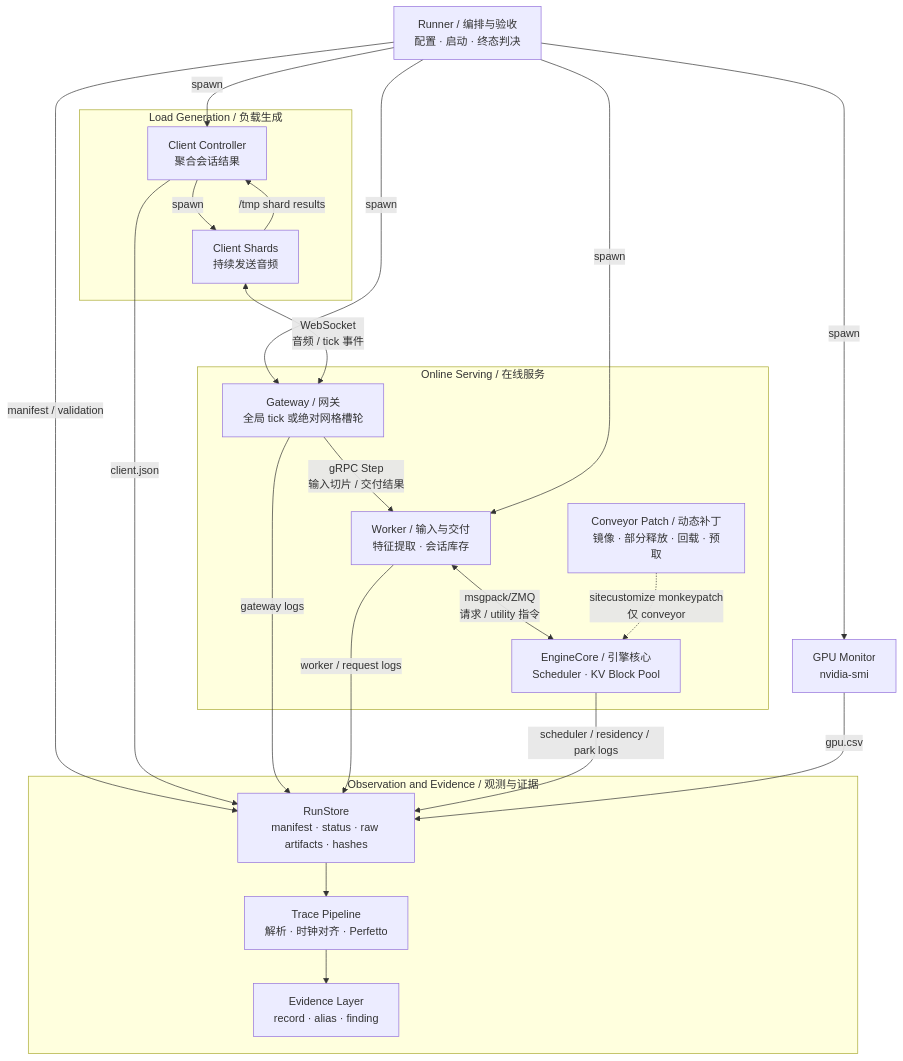
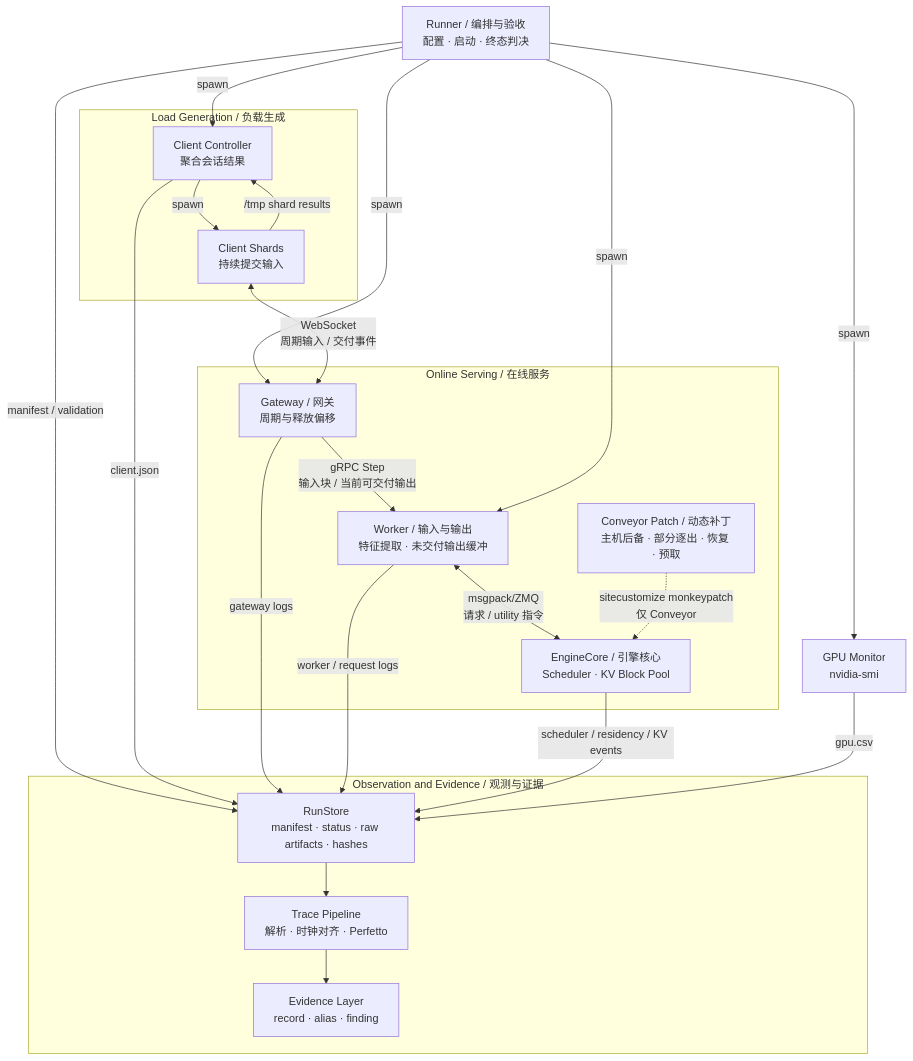
Before and after one commit to xyliax/omni-anything: the diagram in docs/system.md, drawn with Mermaid. The commit also changed other lines of this file and 79 other files, not shown here.

````diff
--- a/docs/system.md
+++ b/docs/system.md
@@ -21,44 +22,44 @@
 ```mermaid
 flowchart TB
     R["Runner / 编排与验收<br/>配置 · 启动 · 终态判决"]
 
     subgraph LOAD["Load Generation / 负载生成"]
         CC["Client Controller<br/>聚合会话结果"]
-        CS["Client Shards<br/>持续发送音频"]
+        CS["Client Shards<br/>持续提交输入"]
         CC -->|spawn| CS
         CS -->|/tmp shard results| CC
     end
 
     subgraph SERVE["Online Serving / 在线服务"]
-        GW["Gateway / 网关<br/>全局 tick 或绝对网格槽轮"]
-        WK["Worker / 输入与交付<br/>特征提取 · 会话库存"]
+        GW["Gateway / 网关<br/>周期与释放偏移"]
+        WK["Worker / 输入与输出<br/>特征提取 · 未交付输出缓冲"]
         EC["EngineCore / 引擎核心<br/>Scheduler · KV Block Pool"]
-        PATCH["Conveyor Patch / 动态补丁<br/>镜像 · 部分释放 · 回载 · 预取"]
+        PATCH["Conveyor Patch / 动态补丁<br/>主机后备 · 部分逐出 · 恢复 · 预取"]
 
-        GW -->|gRPC Step<br/>输入切片 / 交付结果| WK
+        GW -->|gRPC Step<br/>输入块 / 当前可交付输出| WK
         WK <-->|msgpack/ZMQ<br/>请求 / utility 指令| EC
-        PATCH -.->|sitecustomize monkeypatch<br/>仅 conveyor| EC
+        PATCH -.->|sitecustomize monkeypatch<br/>仅 Conveyor| EC
     end
 
     GPU["GPU Monitor<br/>nvidia-smi"]
 
     subgraph OBS["Observation and Evidence / 观测与证据"]
         STORE["RunStore<br/>manifest · status · raw artifacts · hashes"]
         TRACE["Trace Pipeline<br/>解析 · 时钟对齐 · Perfetto"]
         EVID["Evidence Layer<br/>record · alias · finding"]
         STORE --> TRACE --> EVID
     end
 
     R -->|spawn| CC
     R -->|spawn| GW
     R -->|spawn| WK
     R -->|spawn| GPU
-    CS <-->|WebSocket<br/>音频 / tick 事件| GW
+    CS <-->|WebSocket<br/>周期输入 / 交付事件| GW
 
     R -->|manifest / validation| STORE
     CC -->|client.json| STORE
     GW -->|gateway logs| STORE
     WK -->|worker / request logs| STORE
-    EC -->|scheduler / residency / park logs| STORE
+    EC -->|scheduler / residency / KV events| STORE
     GPU -->|gpu.csv| STORE
 ```
````
